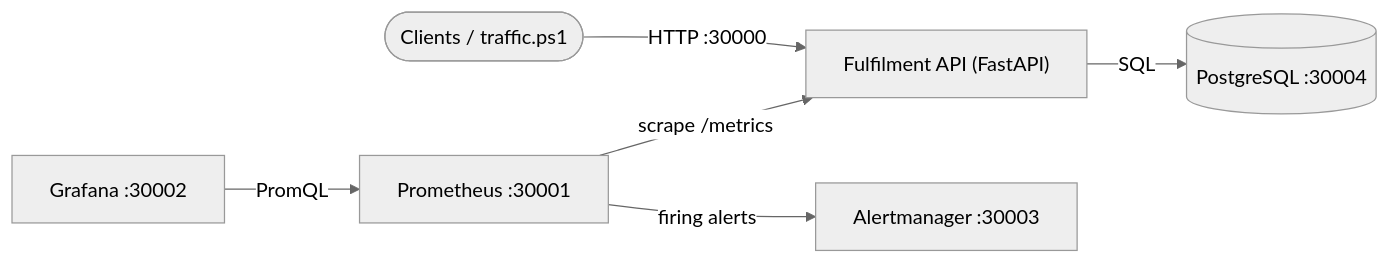
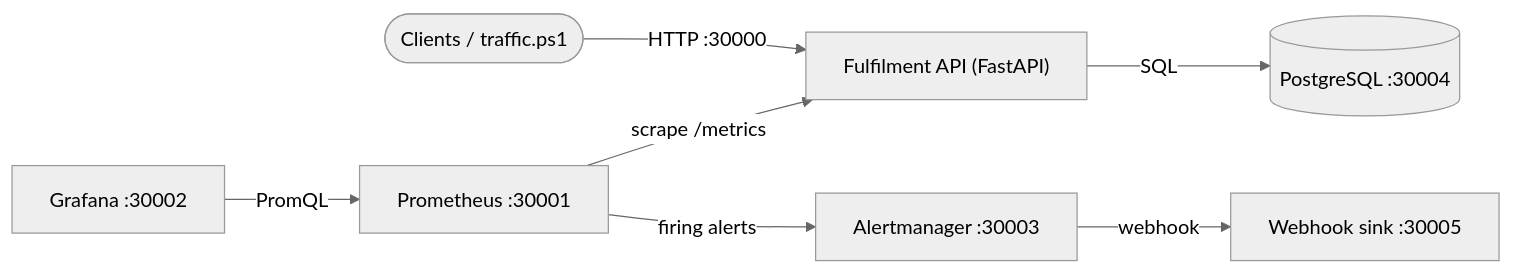
Before and after one commit to Aay6827/WalmartOpsDevOps: the diagram in README.md, drawn with Mermaid (neutral theme). The commit also changed other lines of this file and 2 other files, not shown here.

````diff
--- a/README.md
+++ b/README.md
@@ -23,8 +23,9 @@
 ```mermaid
 flowchart LR
     client(["Clients / traffic.ps1"]) -->|"HTTP :30000"| api["Fulfilment API (FastAPI)"]
     api -->|"SQL"| pg[("PostgreSQL :30004")]
     prom["Prometheus :30001"] -->|"scrape /metrics"| api
     prom -->|"firing alerts"| am["Alertmanager :30003"]
+    am -->|"webhook"| sink["Webhook sink :30005"]
     graf["Grafana :30002"] -->|"PromQL"| prom
 ```
````
